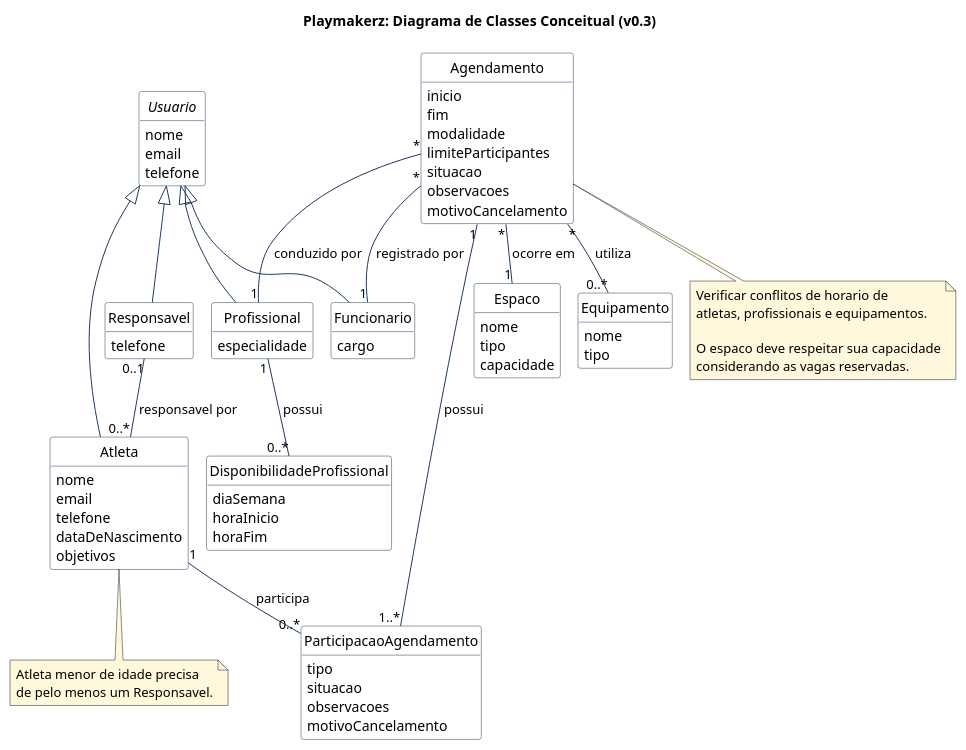
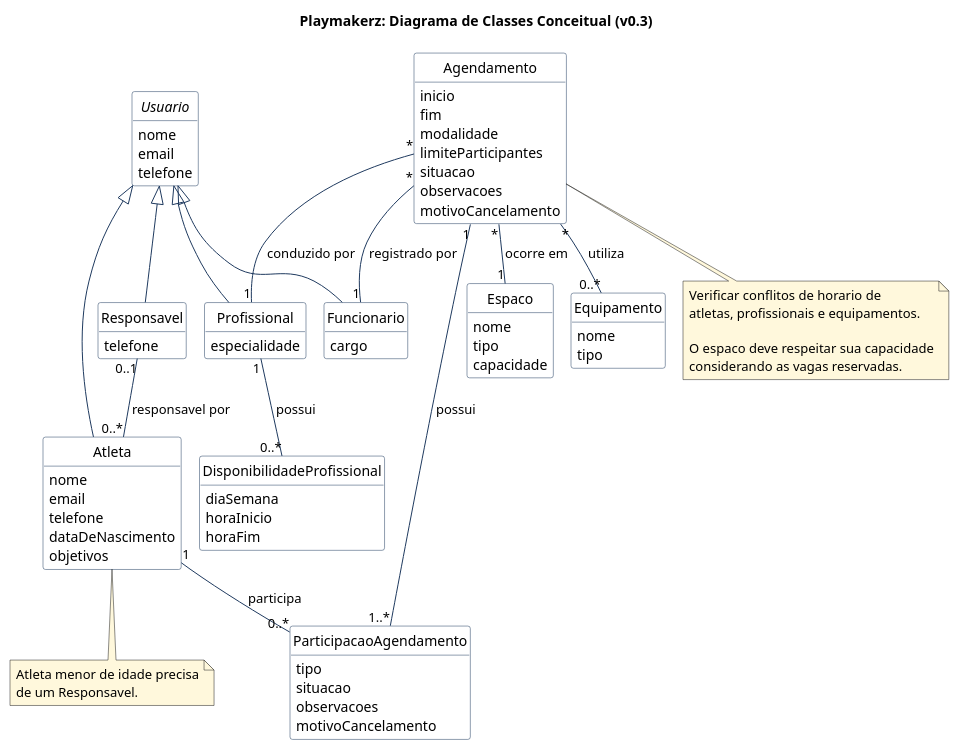
The diagram in docs/assets/Diagrama_de_Classes/classes_conceitual.puml (Projetos-de-Extensao/PECDII_26.2_8001_IV), drawn with PlantUML before and after one commit.

Commit message:
docs: ajusta nota do diagrama

```diff
--- a/docs/assets/Diagrama_de_Classes/classes_conceitual.puml
+++ b/docs/assets/Diagrama_de_Classes/classes_conceitual.puml
@@ -1,102 +1,102 @@
 @startuml classes_conceitual
 !pragma layout smetana
 title Playmakerz: Diagrama de Classes Conceitual (v0.3)
 
 skinparam shadowing false
 skinparam classAttributeIconSize 0
 skinparam classBackgroundColor #FFFFFF
 skinparam classBorderColor #1F3A5F
 skinparam ArrowColor #1F3A5F
 skinparam NoteBackgroundColor #FFF8DC
 hide empty methods
 hide circle
 
 abstract class Usuario {
   nome
   email
   telefone
 }
 
 class Atleta {
   nome
   email
   telefone
   dataDeNascimento
   objetivos
 }
 
 class Responsavel {
   telefone
 }
 
 class Profissional {
   especialidade
 }
 
 class DisponibilidadeProfissional {
   diaSemana
   horaInicio
   horaFim
 }
 
 class Funcionario {
   cargo
 }
 
 class Espaco {
   nome
   tipo
   capacidade
 }
 
 class Equipamento {
   nome
   tipo
 }
 
 class Agendamento {
   inicio
   fim
   modalidade
   limiteParticipantes
   situacao
   observacoes
   motivoCancelamento
 }
 
 class ParticipacaoAgendamento {
   tipo
   situacao
   observacoes
   motivoCancelamento
 }
 
 Usuario <|-- Atleta
 Usuario <|-- Responsavel
 Usuario <|-- Profissional
 Usuario <|-- Funcionario
 
 Responsavel "0..1" -- "0..*" Atleta : responsavel por >
 
 Agendamento "1" -- "1..*" ParticipacaoAgendamento : possui >
 Atleta "1" -- "0..*" ParticipacaoAgendamento : participa >
 Profissional "1" -- "0..*" DisponibilidadeProfissional : possui >
 Agendamento "*" -- "1" Profissional : conduzido por >
 Agendamento "*" -- "1" Espaco : ocorre em >
 Agendamento "*" -- "0..*" Equipamento : utiliza >
 Agendamento "*" -- "1" Funcionario : registrado por >
 
 note bottom of Agendamento
   Verificar conflitos de horario de
   atletas, profissionais e equipamentos.
 
   O espaco deve respeitar sua capacidade
   considerando as vagas reservadas.
 end note
 
 note bottom of Atleta
   Atleta menor de idade precisa
-  de pelo menos um Responsavel.
+  de um Responsavel.
 end note
 
 @enduml
```
